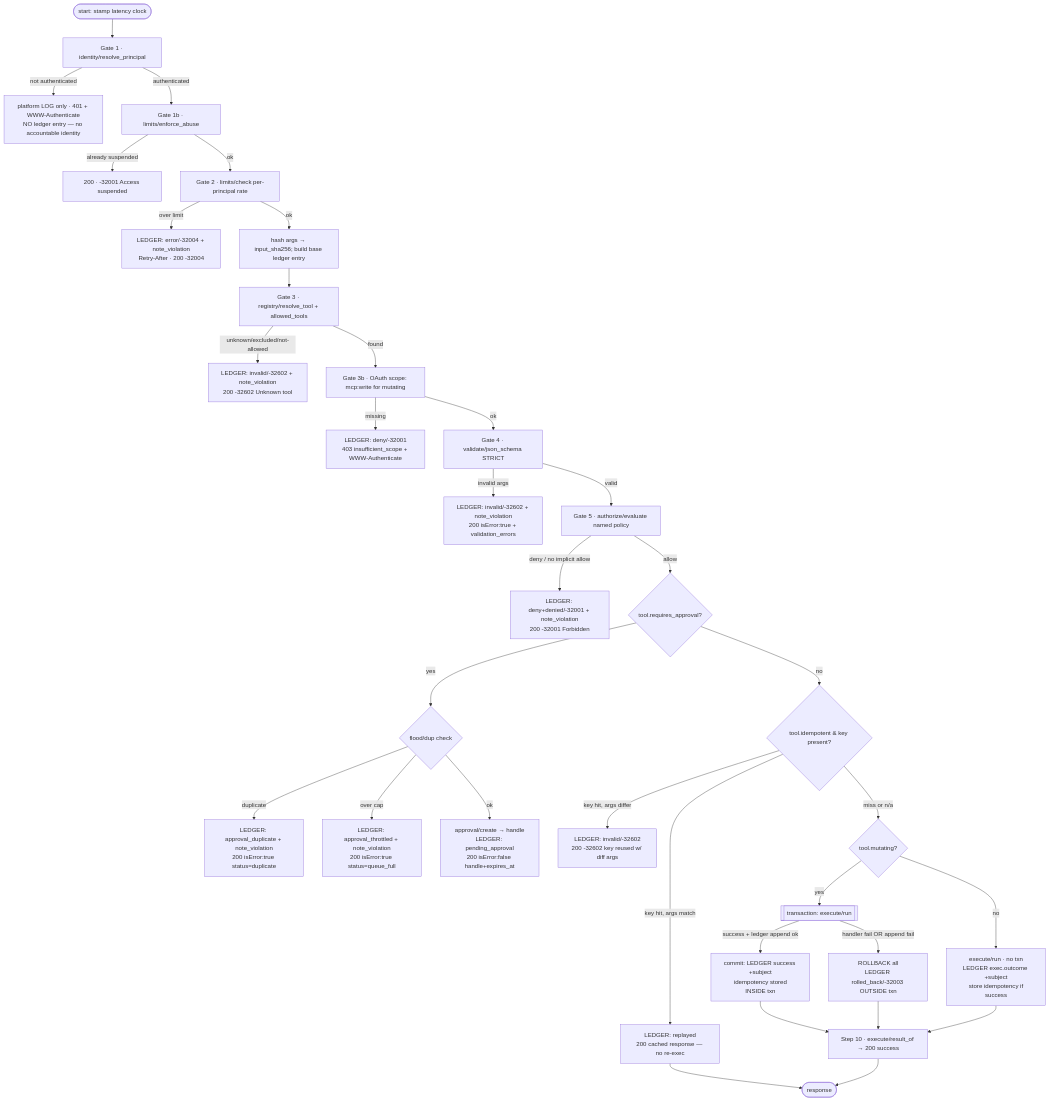
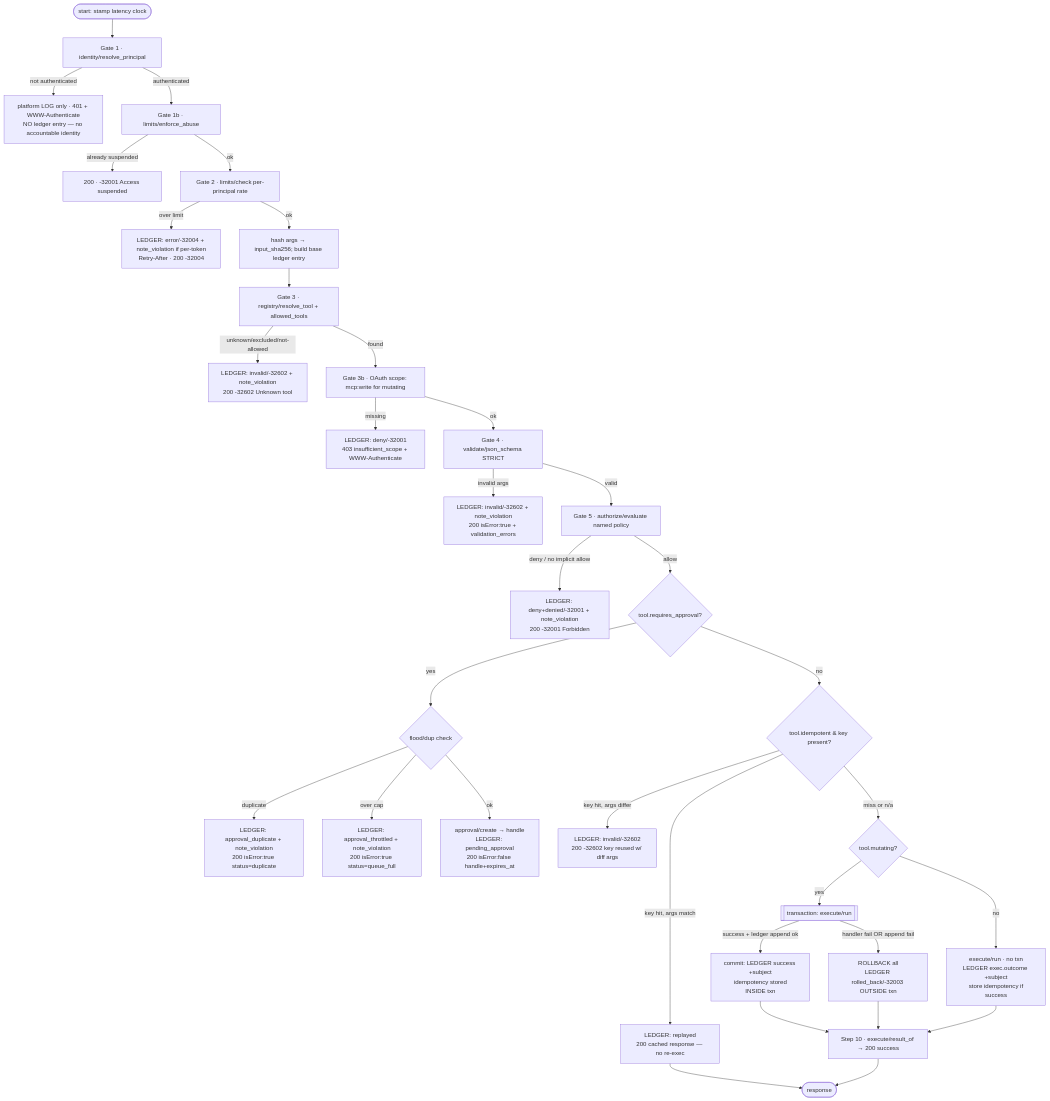
One commit to Platform-OS/pos-modules changed the second of 2 diagrams in pos-module-mcp/docs/request-flow.md. Above: the diagram before and after it, drawn with Mermaid. The commit also changed other lines of this file and 11 other files, not shown here.

````diff
--- a/pos-module-mcp/docs/request-flow.md
+++ b/pos-module-mcp/docs/request-flow.md
@@ -136,46 +136,46 @@
 ```mermaid
 flowchart TD
   S([start: stamp latency clock]) --> AU[Gate 1 · identity/resolve_principal]
 
   AU -->|not authenticated| AUx[platform LOG only · 401 + WWW-Authenticate\nNO ledger entry — no accountable identity]
   AU -->|authenticated| AB[Gate 1b · limits/enforce_abuse]
 
   AB -->|already suspended| ABx[200 · -32001 Access suspended]
   AB -->|ok| RL[Gate 2 · limits/check per-principal rate]
 
-  RL -->|over limit| RLx[LEDGER: error/-32004 + note_violation\nRetry-After · 200 -32004]
+  RL -->|over limit| RLx[LEDGER: error/-32004 + note_violation if per-token\nRetry-After · 200 -32004]
   RL -->|ok| H[hash args → input_sha256; build base ledger entry]
 
   H --> RT[Gate 3 · registry/resolve_tool + allowed_tools]
   RT -->|unknown/excluded/not-allowed| RTx[LEDGER: invalid/-32602 + note_violation\n200 -32602 Unknown tool]
   RT -->|found| SC[Gate 3b · OAuth scope: mcp:write for mutating]
   SC -->|missing| SCx[LEDGER: deny/-32001\n403 insufficient_scope + WWW-Authenticate]
   SC -->|ok| VA[Gate 4 · validate/json_schema STRICT]
 
   VA -->|invalid args| VAx[LEDGER: invalid/-32602 + note_violation\n200 isError:true + validation_errors]
   VA -->|valid| AZ[Gate 5 · authorize/evaluate named policy]
 
   AZ -->|deny / no implicit allow| AZx[LEDGER: deny+denied/-32001 + note_violation\n200 -32001 Forbidden]
   AZ -->|allow| AP{tool.requires_approval?}
 
   AP -->|yes| APG{flood/dup check}
   APG -->|duplicate| APd[LEDGER: approval_duplicate + note_violation\n200 isError:true status=duplicate]
   APG -->|over cap| APc[LEDGER: approval_throttled + note_violation\n200 isError:true status=queue_full]
   APG -->|ok| APok[approval/create → handle\nLEDGER: pending_approval\n200 isError:false handle+expires_at]
 
   AP -->|no| ID{tool.idempotent & key present?}
   ID -->|key hit, args differ| IDx[LEDGER: invalid/-32602\n200 -32602 key reused w/ diff args]
   ID -->|key hit, args match| IDr[LEDGER: replayed\n200 cached response — no re-exec]
   ID -->|miss or n/a| EX{tool.mutating?}
 
   EX -->|yes| TX[[transaction: execute/run]]
   TX -->|success + ledger append ok| TXc[commit: LEDGER success +subject\n idempotency stored INSIDE txn]
   TX -->|handler fail OR append fail| TXr[ROLLBACK all\nLEDGER rolled_back/-32003 OUTSIDE txn]
   EX -->|no| RD[execute/run · no txn\nLEDGER exec.outcome +subject\n store idempotency if success]
 
   TXc --> RESP[Step 10 · execute/result_of → 200 success]
   TXr --> RESP
   RD --> RESP
   IDr --> DONE([response])
   RESP --> DONE
 ```
````
